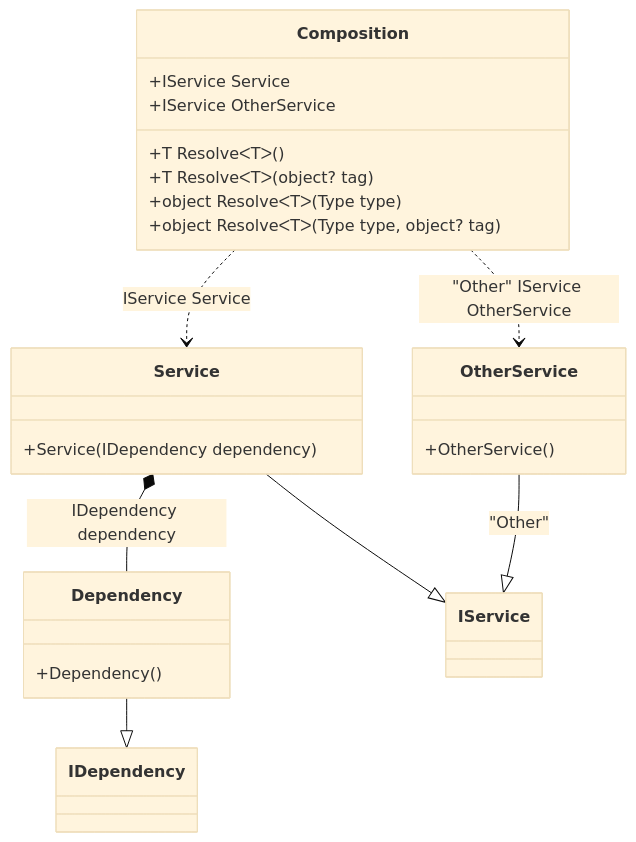
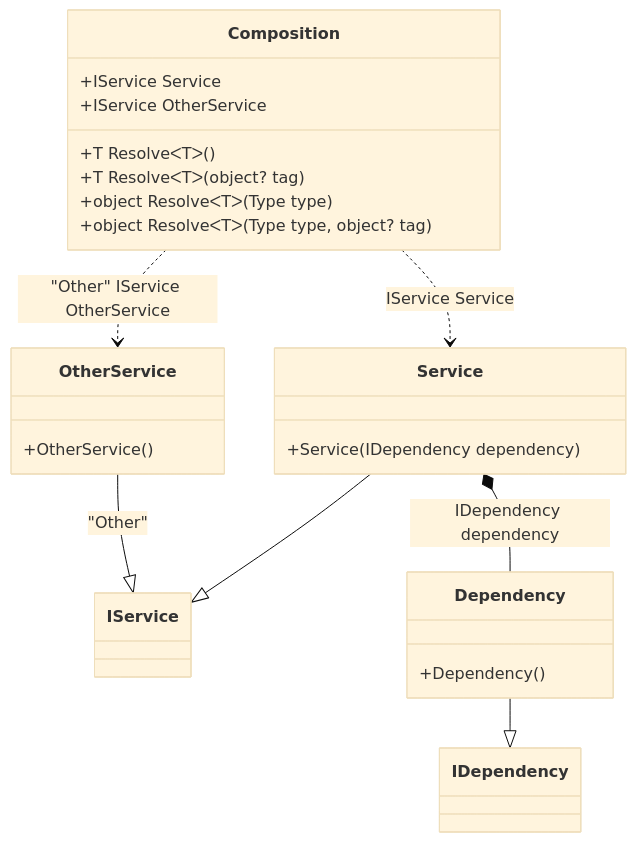
One commit to DevTeam/Pure.DI changed the second of 35 diagrams in readme/Examples.md. Above: the diagram before and after it, drawn with Mermaid (base theme). The commit also changed other lines of this file and 28 other files, not shown here.

````diff
--- a/readme/Examples.md
+++ b/readme/Examples.md
@@ -132,26 +117,26 @@
 ```mermaid
 classDiagram
 class Composition {
 +IService Service
 +IService OtherService
 +T ResolveᐸTᐳ()
 +T ResolveᐸTᐳ(object? tag)
 +object ResolveᐸTᐳ(Type type)
 +object ResolveᐸTᐳ(Type type, object? tag)
 }
+Service --|> IService : 
+class Service {
++Service(IDependency dependency)
+}
 Dependency --|> IDependency : 
 class Dependency {
 +Dependency()
-}
-Service --|> IService : 
-class Service {
-+Service(IDependency dependency)
 }
 OtherService --|> IService : "Other" 
 class OtherService {
 +OtherService()
 }
+Service *--  Dependency : IDependency dependency
+Composition ..> Service : IService Service
 Composition ..> OtherService : "Other" IService OtherService
-Composition ..> Service : IService Service
-Service *--  Dependency : IDependency dependency
 ```
````
